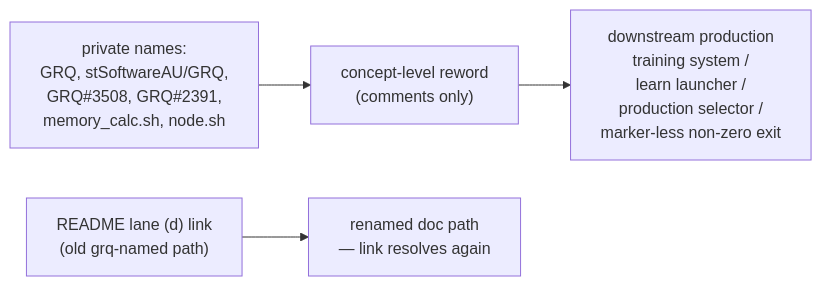
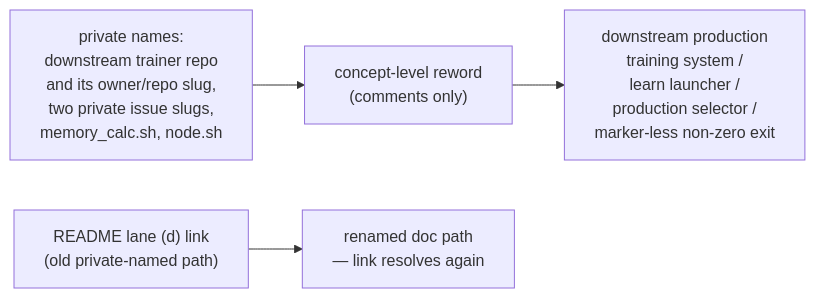
One commit to stSoftwareAU/NEAT-AI-core changed the diagram in docs/archive/pr-summaries/pr-summary-375.md. Above: the diagram before and after it, drawn with Mermaid. The commit also changed other lines of this file and 10 other files, not shown here.

First line of the commit message:
🟢 Reword GRQ/VibeCoding mentions in archived audit-fix pr-summary-373..378, 546 to concept level (Issue #664) (#669)

````diff
--- a/docs/archive/pr-summaries/pr-summary-375.md
+++ b/docs/archive/pr-summaries/pr-summary-375.md
@@ -43,6 +43,6 @@
 ```mermaid
 flowchart LR
-    A["private names:<br/>GRQ, stSoftwareAU/GRQ,<br/>GRQ#3508, GRQ#2391,<br/>memory_calc.sh, node.sh"] --> B["concept-level reword<br/>(comments only)"]
+    A["private names:<br/>downstream trainer repo<br/>and its owner/repo slug,<br/>two private issue slugs,<br/>memory_calc.sh, node.sh"] --> B["concept-level reword<br/>(comments only)"]
     B --> C["downstream production<br/>training system /<br/>learn launcher /<br/>production selector /<br/>marker-less non-zero exit"]
-    D["README lane (d) link<br/>(old grq-named path)"] --> E["renamed doc path<br/>— link resolves again"]
+    D["README lane (d) link<br/>(old private-named path)"] --> E["renamed doc path<br/>— link resolves again"]
 ```
````
